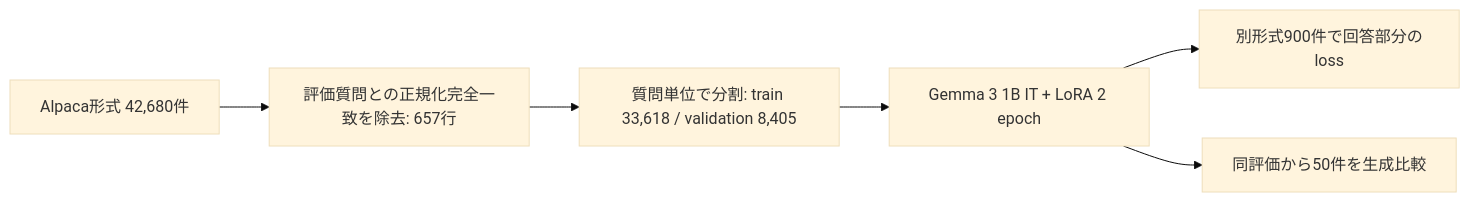
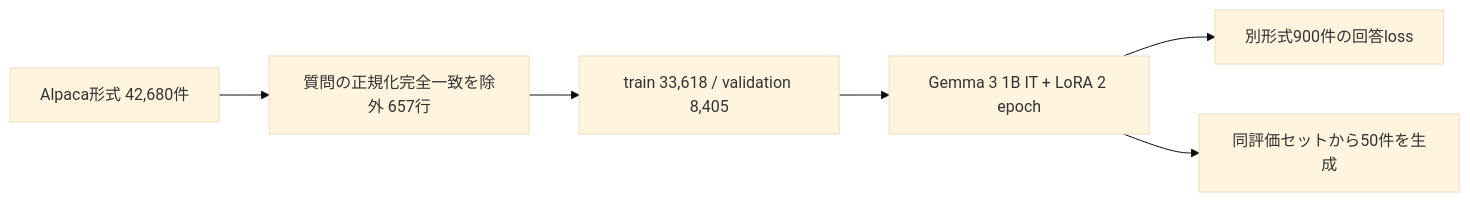
The diagram in README.md (matsuokakoki/ifc-bim-llm-finetuning), drawn with Mermaid (base theme) before and after one commit. The commit also changed other lines of this file and 1 other file, not shown here.

````diff
--- a/README.md
+++ b/README.md
@@ -14,8 +13,8 @@
 ```mermaid
 flowchart LR
-  A[Alpaca形式 42,680件] --> B[評価質問との正規化完全一致を除去: 657行]
-  B --> C[質問単位で分割: train 33,618 / validation 8,405]
+  A[Alpaca形式 42,680件] --> B[質問の正規化完全一致を除外 657行]
+  B --> C[train 33,618 / validation 8,405]
   C --> D[Gemma 3 1B IT + LoRA 2 epoch]
-  D --> E[別形式900件で回答部分のloss]
-  D --> F[同評価から50件を生成比較]
+  D --> E[別形式900件の回答loss]
+  D --> F[同評価セットから50件を生成]
 ```
````
